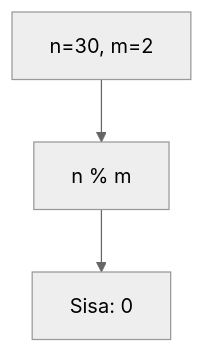
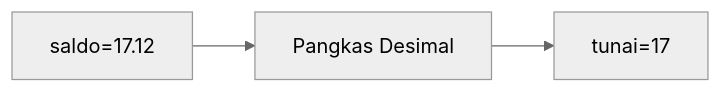
One commit to amnahwaida/OSNK_INF_PREP changed the second of 25 diagrams in part-c-pemahaman-cpp/01-tipe-data/latihan/set-10.md. Above: the diagram before and after it, drawn with Mermaid (neutral theme). The commit also changed other lines of this file and 71 other files, not shown here.

````diff
--- a/part-c-pemahaman-cpp/01-tipe-data/latihan/set-10.md
+++ b/part-c-pemahaman-cpp/01-tipe-data/latihan/set-10.md
@@ -76,5 +49,5 @@
 ```mermaid
-graph TD
-A["n=30, m=2"] --> B["n % m"]
-B --> C["Sisa: 0"]
+graph LR
+A["saldo=17.12"] --> B["Pangkas Desimal"]
+B --> C["tunai=17"]
 ```
````
